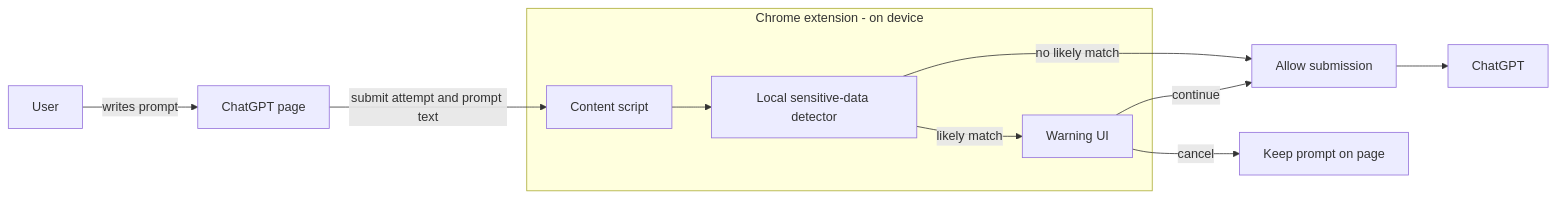
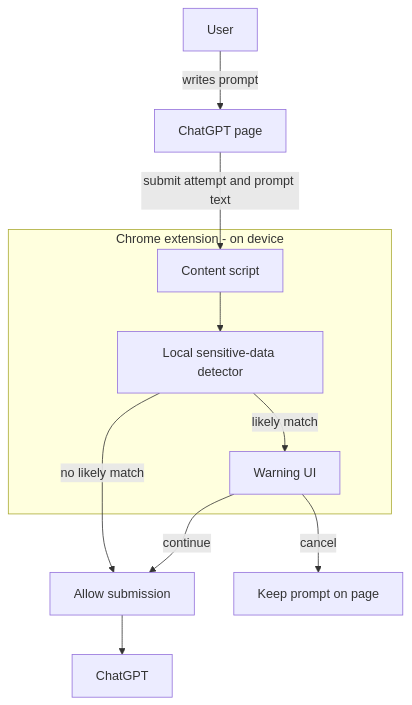
Before and after one commit to ccfreck/browser-guard: the diagram in README.md, drawn with Mermaid.

Commit message:
Fix README diagram direction

````diff
--- a/README.md
+++ b/README.md
@@ -19,17 +19,17 @@
 ```mermaid
-flowchart LR
+flowchart TD
     U[User] -->|writes prompt| DOM[ChatGPT page]
     DOM -->|submit attempt and prompt text| CS[Content script]
     CS --> DET[Local sensitive-data detector]
     DET -->|no likely match| SUBMIT[Allow submission]
     DET -->|likely match| WARN[Warning UI]
     WARN -->|cancel| STOP[Keep prompt on page]
     WARN -->|continue| SUBMIT
     SUBMIT --> AI[ChatGPT]
 
     subgraph Extension[Chrome extension - on device]
         CS
         DET
         WARN
     end
 ```
````
